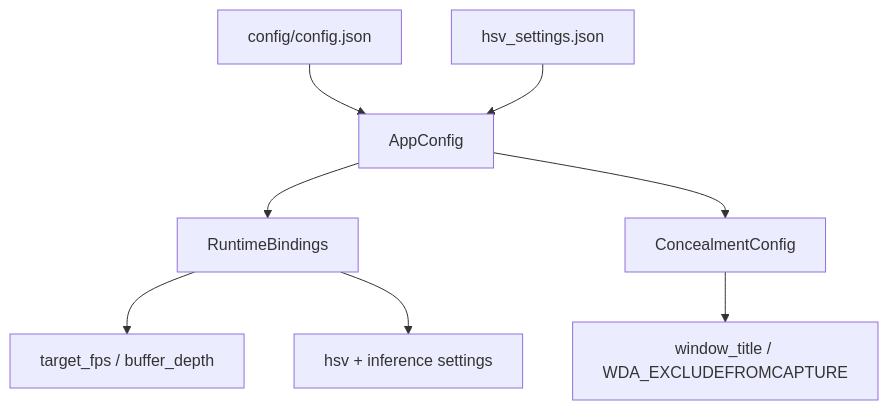
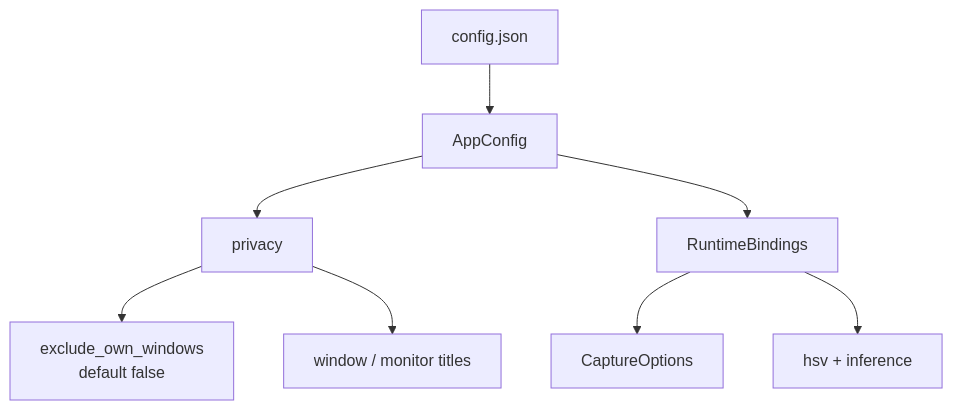
The seventh of 8 diagrams in pages/arch.md (NAMUORI00/display-share), drawn with Mermaid before and after one commit. The commit also changed other lines of this file and 25 other files, not shown here.

First line of the commit message:
docs(wiki): complete pages for current privacy/DXGI architecture

````diff
--- a/pages/arch.md
+++ b/pages/arch.md
@@ -175,16 +158,10 @@
 ```mermaid
 flowchart TB
-  JSON["config/config.json"]
-  HSVJ["hsv_settings.json"]
-  AC["AppConfig"]
-  RB["RuntimeBindings"]
-  CC["ConcealmentConfig"]
-
-  JSON --> AC
-  HSVJ --> AC
-  AC --> RB
-  AC --> CC
-  RB --> FPS["target_fps / buffer_depth"]
-  RB --> VIS["hsv + inference settings"]
-  CC --> TITLE["window_title / WDA_EXCLUDEFROMCAPTURE"]
+  J[config.json] --> AC[AppConfig]
+  AC --> PR[privacy]
+  AC --> RB[RuntimeBindings]
+  PR --> EX[exclude_own_windows<br/>default false]
+  PR --> TITLES[window / monitor titles]
+  RB --> CAP[CaptureOptions]
+  RB --> VIS[hsv + inference]
 ```
````
